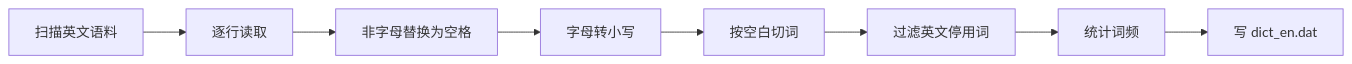
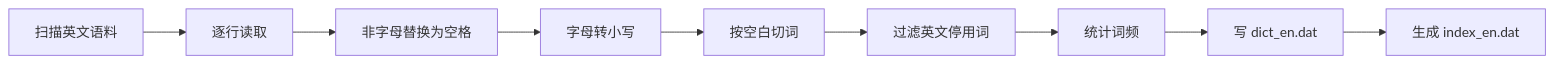
One commit to dijk4tra/Cpp_Advanced changed the second of 11 diagrams in 课件/07_搜索引擎项目/03_SearchEngine_V3/README.md. Above: the diagram before and after it, drawn with Mermaid. The commit also changed other lines of this file and 80 other files, not shown here.

````diff
--- a/课件/07_搜索引擎项目/03_SearchEngine_V3/README.md
+++ b/课件/07_搜索引擎项目/03_SearchEngine_V3/README.md
@@ -314,10 +406,11 @@
 ```mermaid
 flowchart LR
     A[扫描英文语料] --> B[逐行读取]
     B --> C[非字母替换为空格]
     C --> D[字母转小写]
     D --> E[按空白切词]
     E --> F[过滤英文停用词]
     F --> G[统计词频]
     G --> H[写 dict_en.dat]
+    H --> I[生成 index_en.dat]
 ```
````
